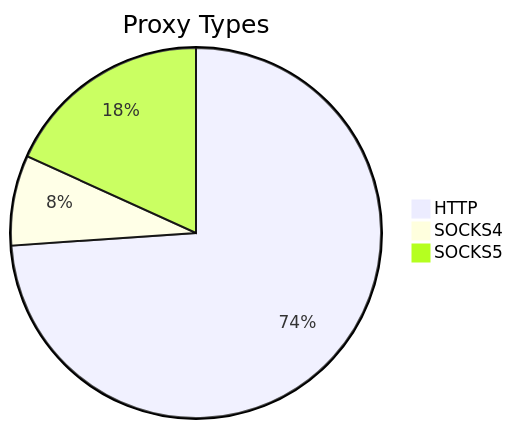
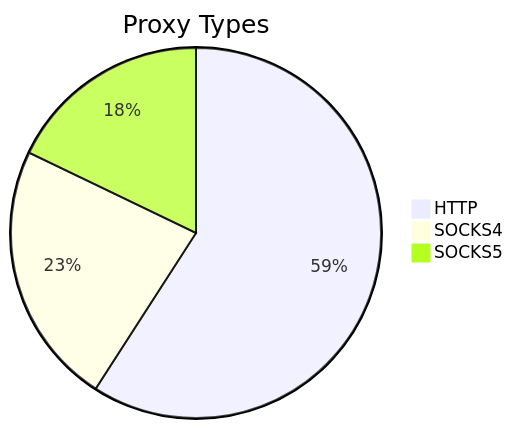
The first of 2 diagrams in README.md (stormsia/proxy-list), drawn with Mermaid before and after one commit. The commit also changed other lines of this file, not shown here.

````diff
--- a/README.md
+++ b/README.md
@@ -21,6 +21,6 @@
 ```mermaid
 pie title Proxy Types
-    "HTTP" : 272
-    "SOCKS4" : 29
-    "SOCKS5" : 67
+    "HTTP" : 331
+    "SOCKS4" : 129
+    "SOCKS5" : 100
 ```
````
